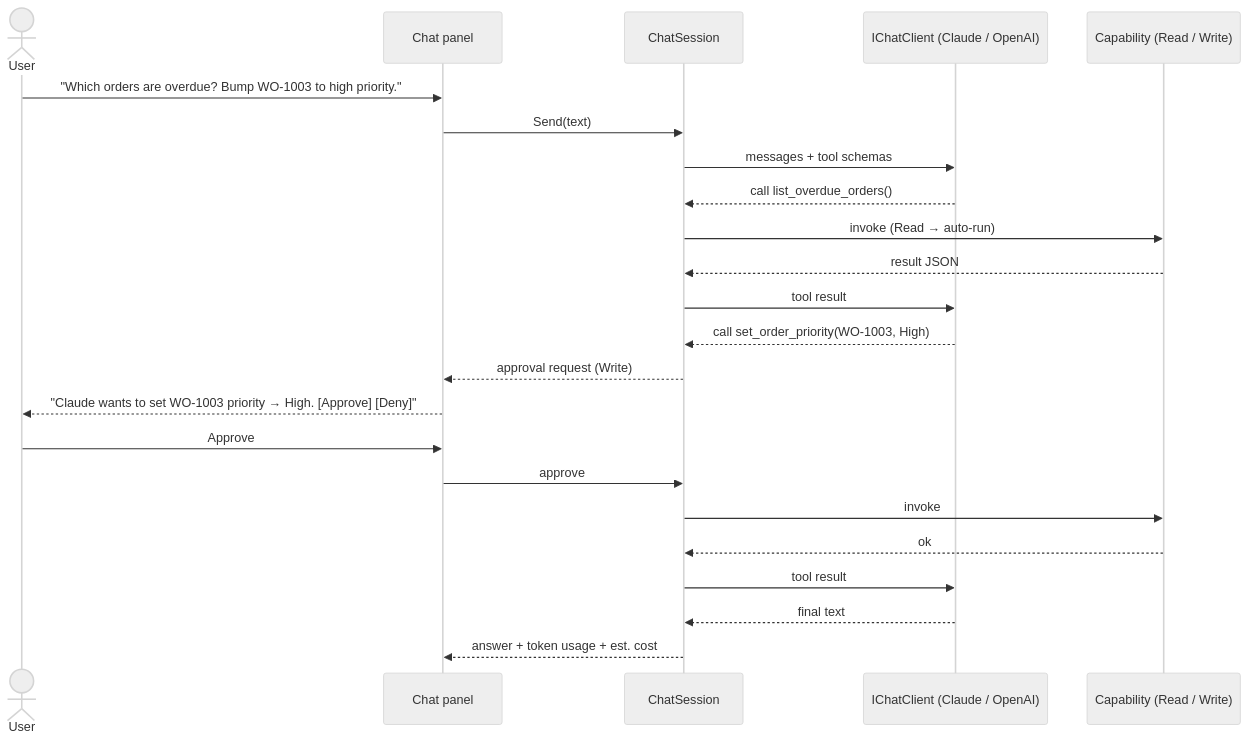
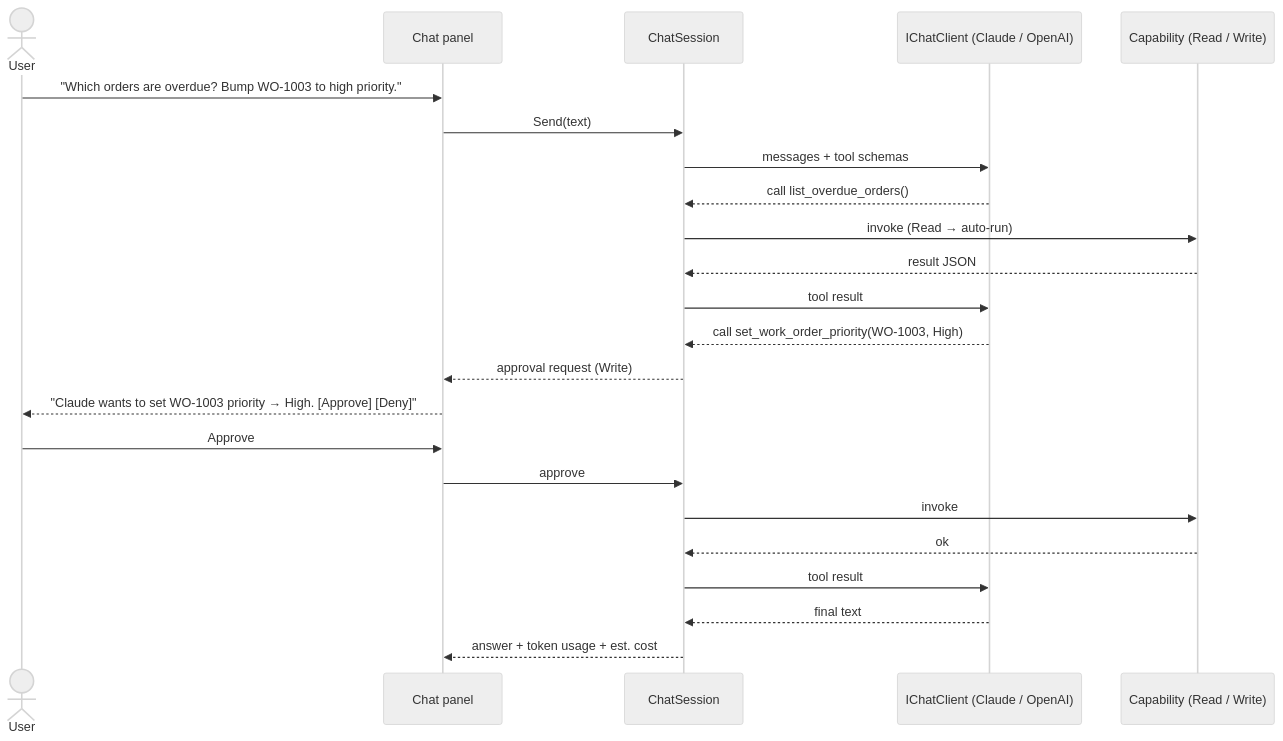
One commit to RelentlessOldMan/ChatbotAddonDemo changed the third of 4 diagrams in docs/design.md. Above: the diagram before and after it, drawn with Mermaid (neutral theme). The commit also changed other lines of this file, not shown here.

First line of the commit message:
docs: fix tool name in approval sequence and show full credential precedence

````diff
--- a/docs/design.md
+++ b/docs/design.md
@@ -105,25 +105,25 @@
 ```mermaid
 sequenceDiagram
     actor U as User
     participant P as Chat panel
     participant S as ChatSession
     participant L as IChatClient (Claude / OpenAI)
     participant T as Capability (Read / Write)
     U->>P: "Which orders are overdue? Bump WO-1003 to high priority."
     P->>S: Send(text)
     S->>L: messages + tool schemas
     L-->>S: call list_overdue_orders()
     S->>T: invoke (Read → auto-run)
     T-->>S: result JSON
     S->>L: tool result
-    L-->>S: call set_order_priority(WO-1003, High)
+    L-->>S: call set_work_order_priority(WO-1003, High)
     S-->>P: approval request (Write)
     P-->>U: "Claude wants to set WO-1003 priority → High. [Approve] [Deny]"
     U->>P: Approve
     P->>S: approve
     S->>T: invoke
     T-->>S: ok
     S->>L: tool result
     L-->>S: final text
     S-->>P: answer + token usage + est. cost
 ```
````
